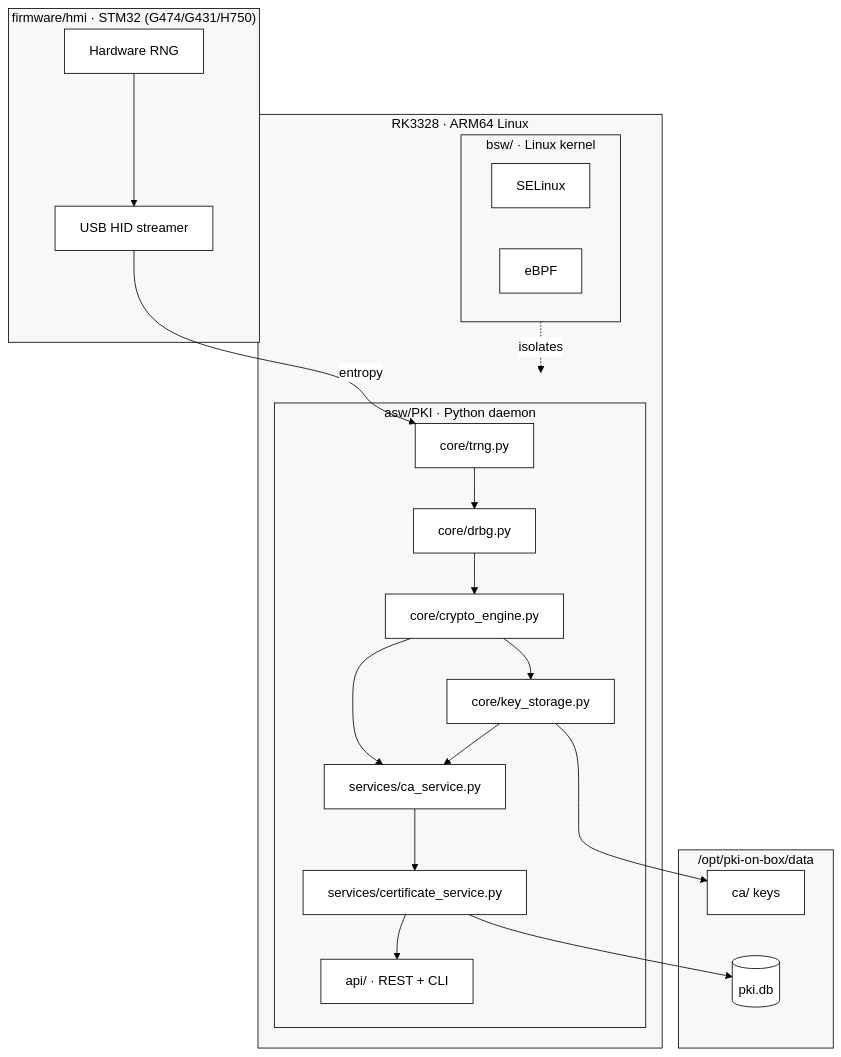
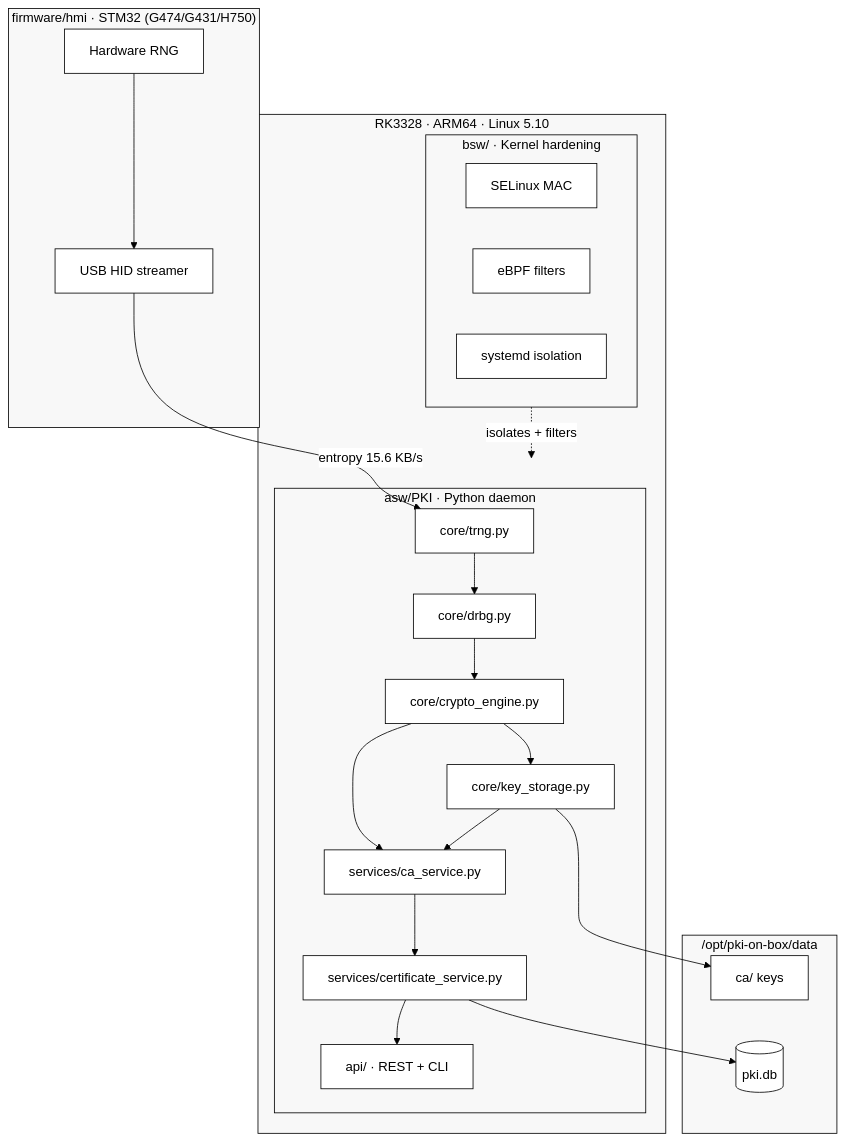
One commit to vasilievsv/hw.pki-on-box changed the first of 2 diagrams in README.md. Above: the diagram before and after it, drawn with Mermaid. The commit also changed other lines of this file and 5 other files, not shown here.

First line of the commit message:
docs: README revision v3 — badges, firmware hardening, kernel hardening, SDD contracts

````diff
--- a/README.md
+++ b/README.md
@@ -62,39 +39,40 @@
 ```mermaid
 %%{init: {'theme': 'base', 'themeVariables': {'primaryColor': '#ffffff', 'primaryTextColor': '#000000', 'primaryBorderColor': '#000000', 'lineColor': '#000000', 'secondaryColor': '#f0f0f0', 'tertiaryColor': '#ffffff', 'background': '#ffffff', 'mainBkg': '#ffffff', 'nodeBorder': '#000000', 'clusterBkg': '#f8f8f8', 'clusterBorder': '#000000', 'titleColor': '#000000', 'edgeLabelBackground': '#ffffff'}}}%%
 graph TB
     subgraph HMI["firmware/hmi · STM32 (G474/G431/H750)"]
         TRNG_HW[Hardware RNG] --> USB_HID[USB HID streamer]
     end
 
-    subgraph SBC["RK3328 · ARM64 Linux"]
+    subgraph SBC["RK3328 · ARM64 · Linux 5.10"]
         subgraph ASW["asw/PKI · Python daemon"]
             TRNG[core/trng.py]
             DRBG[core/drbg.py]
             CRYPTO[core/crypto_engine.py]
             KEYS[core/key_storage.py]
             CA[services/ca_service.py]
             CERT[services/certificate_service.py]
             API[api/ · REST + CLI]
 
             TRNG --> DRBG --> CRYPTO --> KEYS
             CRYPTO --> CA --> CERT --> API
             KEYS --> CA
         end
 
-        subgraph BSW["bsw/ · Linux kernel"]
-            SELINUX[SELinux]
-            EBPF[eBPF]
+        subgraph BSW["bsw/ · Kernel hardening"]
+            SELINUX[SELinux MAC]
+            EBPF[eBPF filters]
+            SYSTEMD[systemd isolation]
         end
     end
 
     subgraph STORAGE["/opt/pki-on-box/data"]
         CA_KEYS[ca/ keys]
         DB[(pki.db)]
         CA_KEYS ~~~ DB
     end
 
-    USB_HID -->|entropy| TRNG
-    BSW -. isolates .-> ASW
+    USB_HID -->|"entropy 15.6 KB/s"| TRNG
+    BSW -. "isolates + filters" .-> ASW
     KEYS --> CA_KEYS
     CERT --> DB
 ```
````
